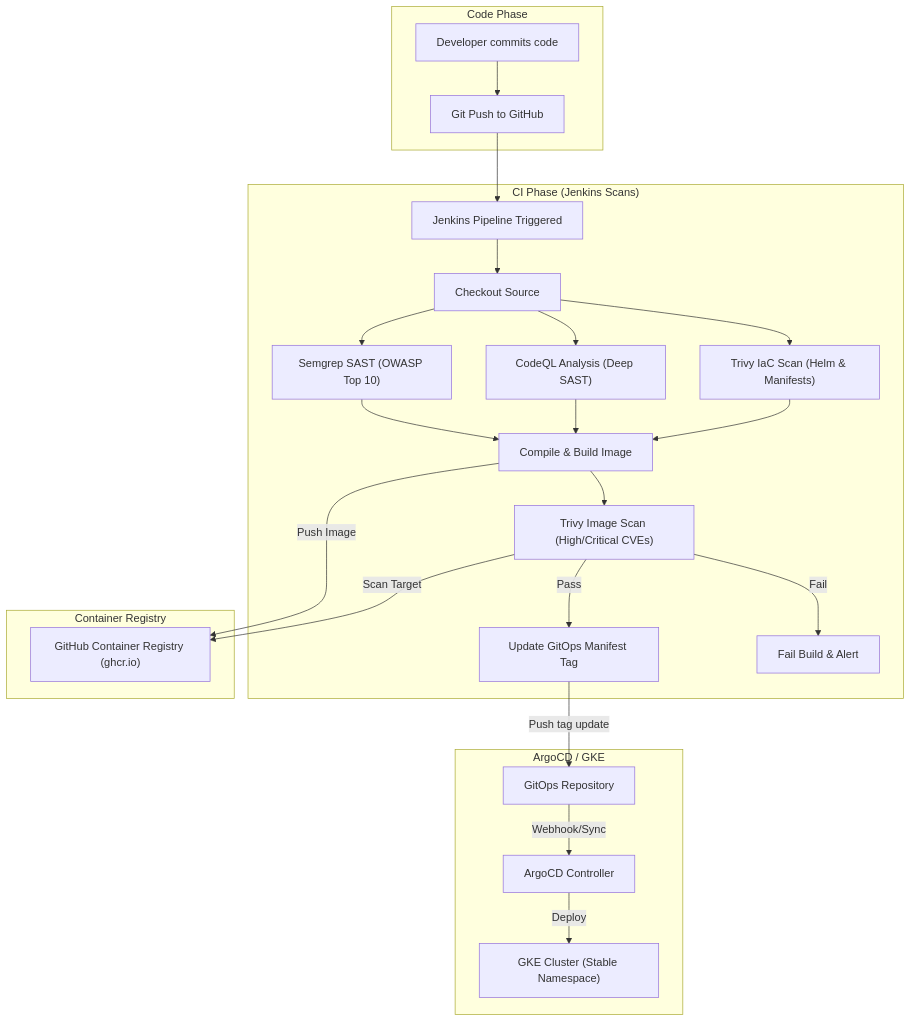
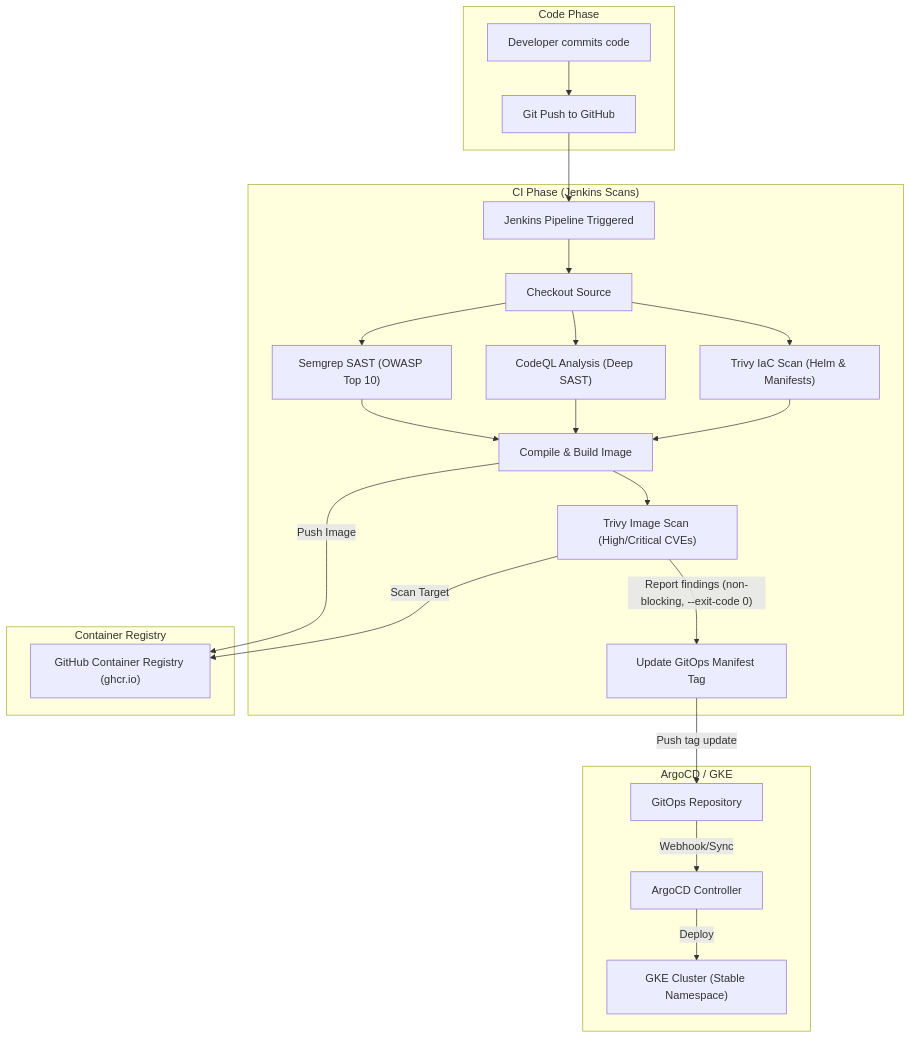
The third of 3 diagrams in docs/601-DEVSECOPS.md (nubenetes/jenkins-2026), drawn with Mermaid before and after one commit. The commit also changed other lines of this file and 48 other files, not shown here.

````diff
--- a/docs/601-DEVSECOPS.md
+++ b/docs/601-DEVSECOPS.md
@@ -100,31 +106,30 @@
 ```mermaid
 graph TD
     subgraph Code_Phase ["Code Phase"]
         A["Developer commits code"] --> B["Git Push to GitHub"]
     end
 
     subgraph CI_Phase ["CI Phase (Jenkins Scans)"]
         B --> C["Jenkins Pipeline Triggered"]
         C --> D["Checkout Source"]
         D --> E["Semgrep SAST (OWASP Top 10)"]
         D --> F["CodeQL Analysis (Deep SAST)"]
         D --> G["Trivy IaC Scan (Helm & Manifests)"]
         E --> H["Compile & Build Image"]
         F --> H
         G --> H
         H --> I["Trivy Image Scan (High/Critical CVEs)"]
-        I -->|Pass| J["Update GitOps Manifest Tag"]
-        I -->|Fail| K["Fail Build & Alert"]
+        I -->|"Report findings (non-blocking, --exit-code 0)"| J["Update GitOps Manifest Tag"]
     end
 
     subgraph Artifact_Registry ["Container Registry"]
         H -->|Push Image| L["GitHub Container Registry (ghcr.io)"]
         I -->|Scan Target| L
     end
 
     subgraph ArgoCD_GKE ["ArgoCD / GKE"]
         J -->|Push tag update| M["GitOps Repository"]
         M -->|Webhook/Sync| N["ArgoCD Controller"]
         N -->|Deploy| O["GKE Cluster (Stable Namespace)"]
     end
 ```
````
